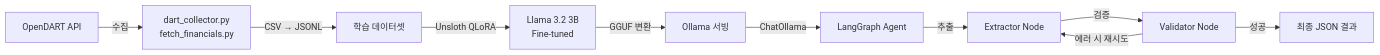
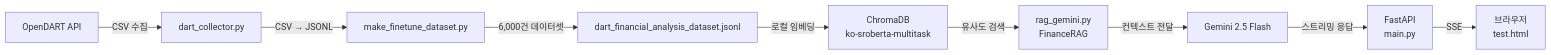
The diagram in README.md (duseh729/stock-agent), drawn with Mermaid before and after one commit. The commit also changed other lines of this file and 1 other file, not shown here.

````diff
--- a/README.md
+++ b/README.md
@@ -112,12 +95,12 @@
 ```mermaid
 graph LR
-    A[OpenDART API] -->|수집| B[dart_collector.py<br/>fetch_financials.py]
-    B -->|CSV → JSONL| C[학습 데이터셋]
-    C -->|Unsloth QLoRA| D[Llama 3.2 3B<br/>Fine-tuned]
-    D -->|GGUF 변환| E[Ollama 서빙]
-    E -->|ChatOllama| F[LangGraph Agent]
-    F -->|추출| G[Extractor Node]
-    G -->|검증| H[Validator Node]
-    H -->|에러 시 재시도| G
-    H -->|성공| I[최종 JSON 결과]
+    A[OpenDART API] -->|CSV 수집| B[dart_collector.py]
+    B -->|CSV → JSONL| C[make_finetune_dataset.py]
+    C -->|6,000건 데이터셋| D[dart_financial_analysis_dataset.jsonl]
+
+    D -->|로컬 임베딩| E[ChromaDB<br/>ko-sroberta-multitask]
+    E -->|유사도 검색| F[rag_gemini.py<br/>FinanceRAG]
+    F -->|컨텍스트 전달| G[Gemini 2.5 Flash]
+    G -->|스트리밍 응답| H[FastAPI<br/>main.py]
+    H -->|SSE| I[브라우저<br/>test.html]
 ```
````
